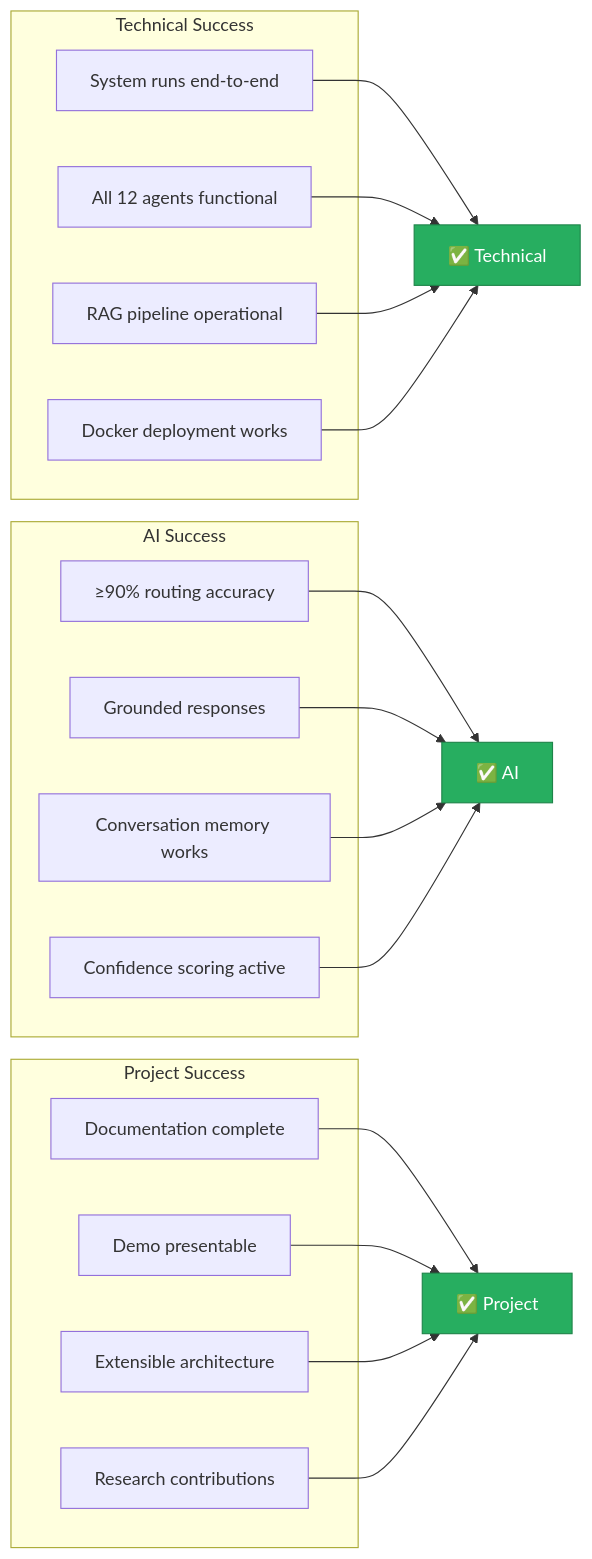
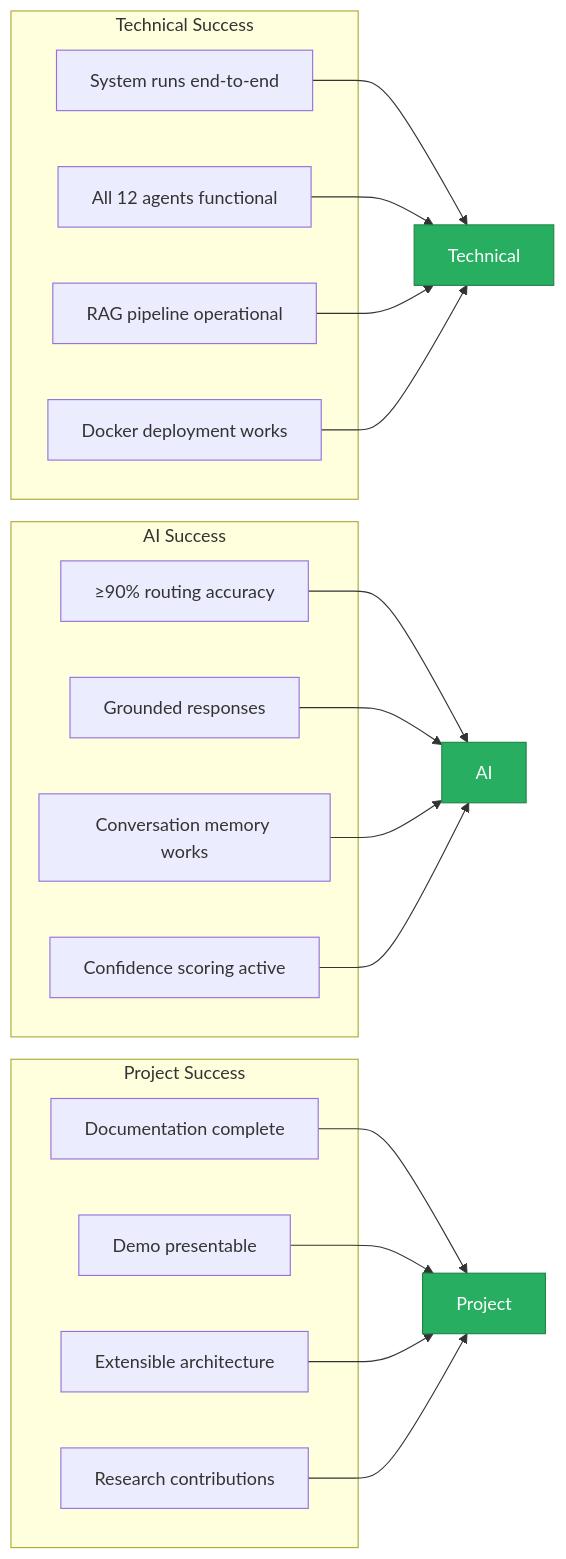
Before and after one commit to Samarjamal326/MediOrchesctrator-Agent: diagram 11 of 12 in docs/01_Project_Foundation.md, drawn with Mermaid. The commit also changed other lines of this file and 5 other files, not shown here.

````diff
--- a/docs/01_Project_Foundation.md
+++ b/docs/01_Project_Foundation.md
@@ -553,31 +553,31 @@
 ```mermaid
 graph LR
     subgraph "Technical Success"
         T1[System runs end-to-end]
         T2[All 12 agents functional]
         T3[RAG pipeline operational]
         T4[Docker deployment works]
     end
 
     subgraph "AI Success"
         A1[≥90% routing accuracy]
         A2[Grounded responses]
         A3[Conversation memory works]
         A4[Confidence scoring active]
     end
 
     subgraph "Project Success"
         P1[Documentation complete]
         P2[Demo presentable]
         P3[Extensible architecture]
         P4[Research contributions]
     end
 
-    T1 & T2 & T3 & T4 --> Pass1[✅ Technical]
-    A1 & A2 & A3 & A4 --> Pass2[✅ AI]
-    P1 & P2 & P3 & P4 --> Pass3[✅ Project]
+    T1 & T2 & T3 & T4 --> Pass1[ Technical]
+    A1 & A2 & A3 & A4 --> Pass2[ AI]
+    P1 & P2 & P3 & P4 --> Pass3[ Project]
 
     style Pass1 fill:#27AE60,stroke:#1E8449,color:#fff
     style Pass2 fill:#27AE60,stroke:#1E8449,color:#fff
     style Pass3 fill:#27AE60,stroke:#1E8449,color:#fff
 ```
````
